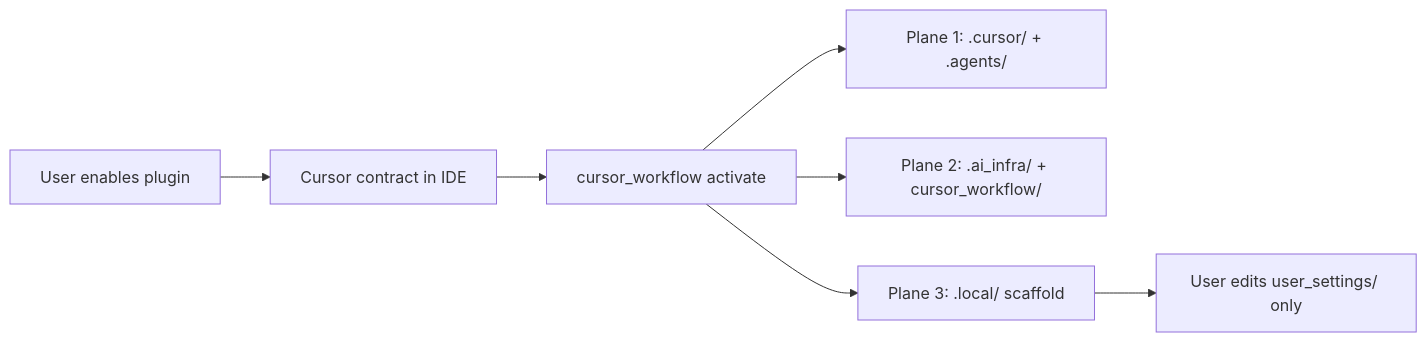
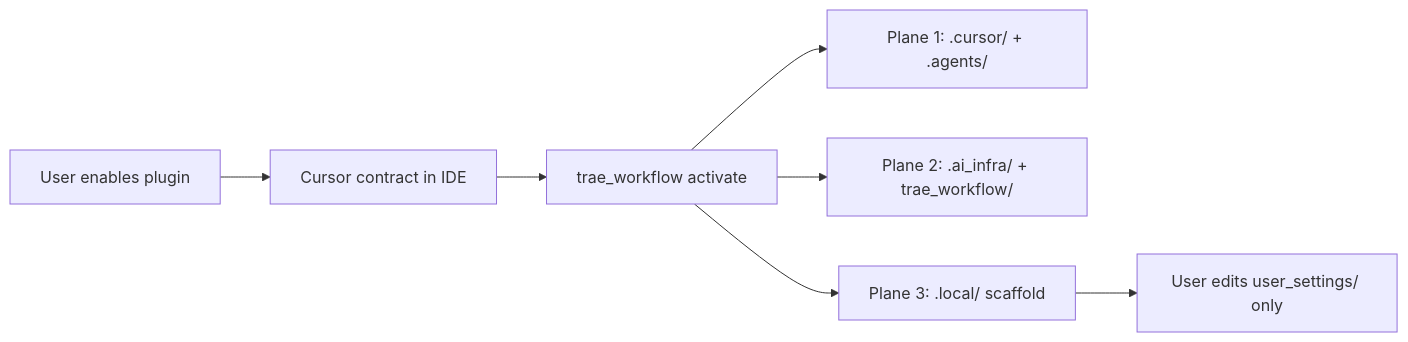
One commit to SavinRazvan/mas-workflow-kit-trae changed the diagram in .ai_infra/docs/handoff/PLUGIN-ARCHITECTURE.md. Above: the diagram before and after it, drawn with Mermaid. The commit also changed other lines of this file and 253 other files, not shown here.

First line of the commit message:
feat: Trae-only edition — trae_workflow CLI, payload pivot, UX debrand

````diff
--- a/.ai_infra/docs/handoff/PLUGIN-ARCHITECTURE.md
+++ b/.ai_infra/docs/handoff/PLUGIN-ARCHITECTURE.md
@@ -41,9 +41,9 @@
 ```mermaid
 flowchart LR
   User[User enables plugin] --> Cursor[Cursor contract in IDE]
-  Cursor --> Activate["cursor_workflow activate"]
+  Cursor --> Activate["trae_workflow activate"]
   Activate --> P1["Plane 1: .cursor/ + .agents/"]
-  Activate --> P2["Plane 2: .ai_infra/ + cursor_workflow/"]
+  Activate --> P2["Plane 2: .ai_infra/ + trae_workflow/"]
   Activate --> P3["Plane 3: .local/ scaffold"]
   P3 --> Settings["User edits user_settings/ only"]
 ```
````
